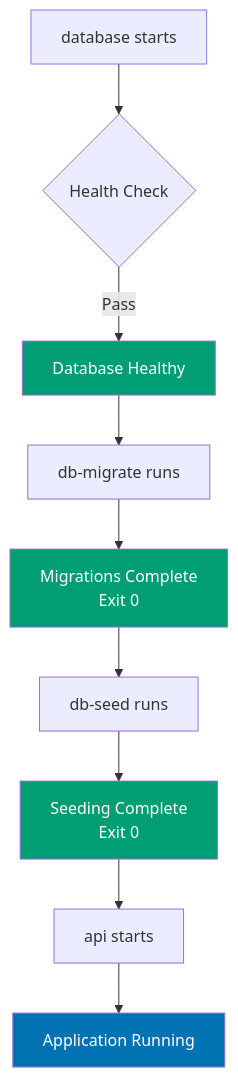
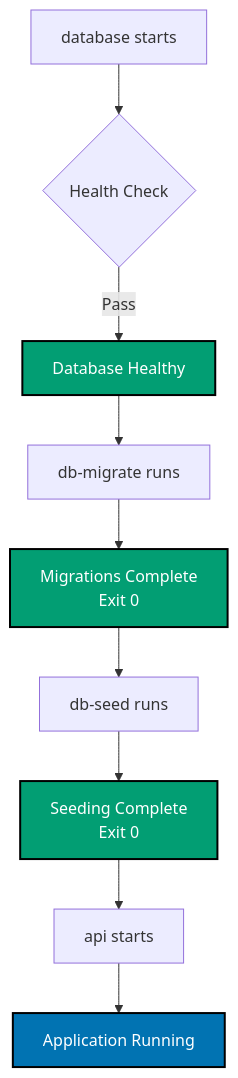
Before and after one commit to wahidyankf/open-sharia-enterprise: diagram 11 of 11 in apps/ayokoding-web/content/en/learn/software-engineering/infrastructure/tools/docker/by-example/intermediate.md, drawn with Mermaid. The commit also changed other lines of this file and 25 other files, not shown here.

````diff
--- a/apps/ayokoding-web/content/en/learn/software-engineering/infrastructure/tools/docker/by-example/intermediate.md
+++ b/apps/ayokoding-web/content/en/learn/software-engineering/infrastructure/tools/docker/by-example/intermediate.md
@@ -2794,16 +2804,17 @@
 ```mermaid
+%% Color Palette: Blue #0173B2, Orange #DE8F05, Teal #029E73, Purple #CC78BC, Brown #CA9161
 graph TD
  A["database starts"] --> B{Health Check}
  B -->|Pass| C["Database Healthy"]
  C --> D["db-migrate runs"]
  D --> E["Migrations Complete<br/>Exit 0"]
  E --> F["db-seed runs"]
  F --> G["Seeding Complete<br/>Exit 0"]
  G --> H["api starts"]
  H --> I["Application Running"]
 
- style C fill:#029E73,color:#fff
- style E fill:#029E73,color:#fff
- style G fill:#029E73,color:#fff
- style I fill:#0173B2,color:#fff
+ style C fill:#029E73,stroke:#000000,stroke-width:2px,color:#fff
+ style E fill:#029E73,stroke:#000000,stroke-width:2px,color:#fff
+ style G fill:#029E73,stroke:#000000,stroke-width:2px,color:#fff
+ style I fill:#0173B2,stroke:#000000,stroke-width:2px,color:#fff
 ```
````
